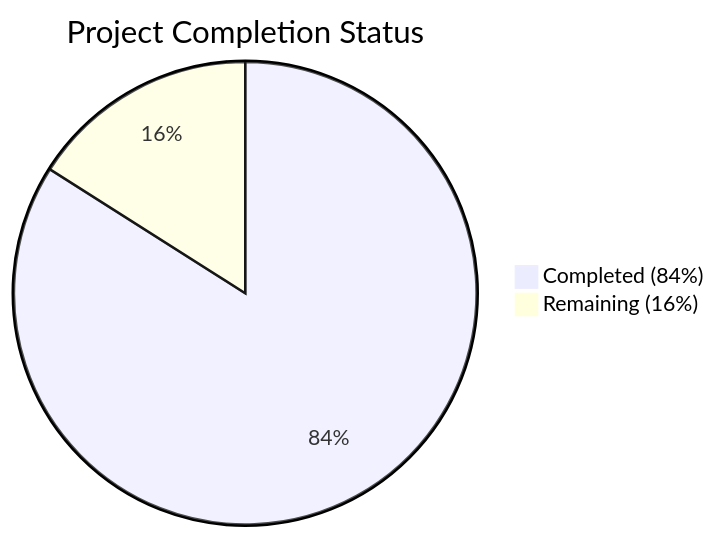
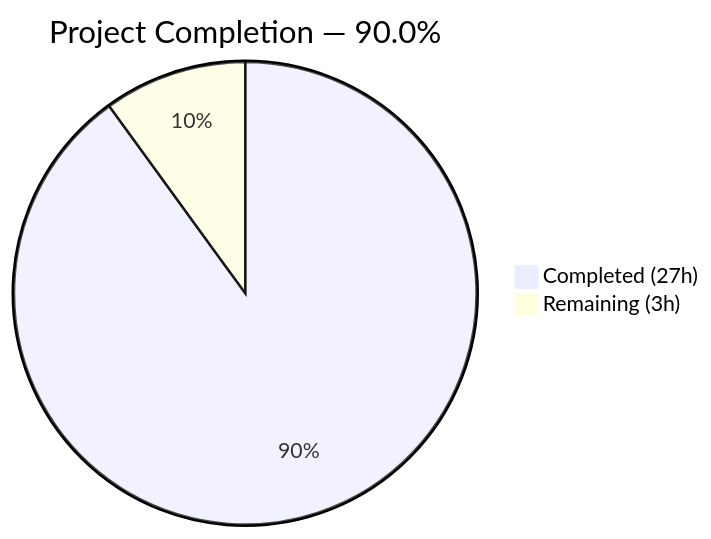
One commit to Blitzy-Sandbox/blitzy-cal changed the first of 3 diagrams in blitzy/documentation/Project Guide.md. Above: the diagram before and after it, drawn with Mermaid. The commit also changed other lines of this file, not shown here.

Commit message:
Adding Blitzy Project Guide: Project Status and Human Tasks Remaining

````diff
--- a/blitzy/documentation/Project Guide.md
+++ b/blitzy/documentation/Project Guide.md
@@ -11,5 +13,5 @@
 ```mermaid
-pie title Project Completion Status
-    "Completed (84%)" : 42
-    "Remaining (16%)" : 8
+pie title Project Completion — 90.0%
+    "Completed (27h)" : 27
+    "Remaining (3h)" : 3
 ```
````
